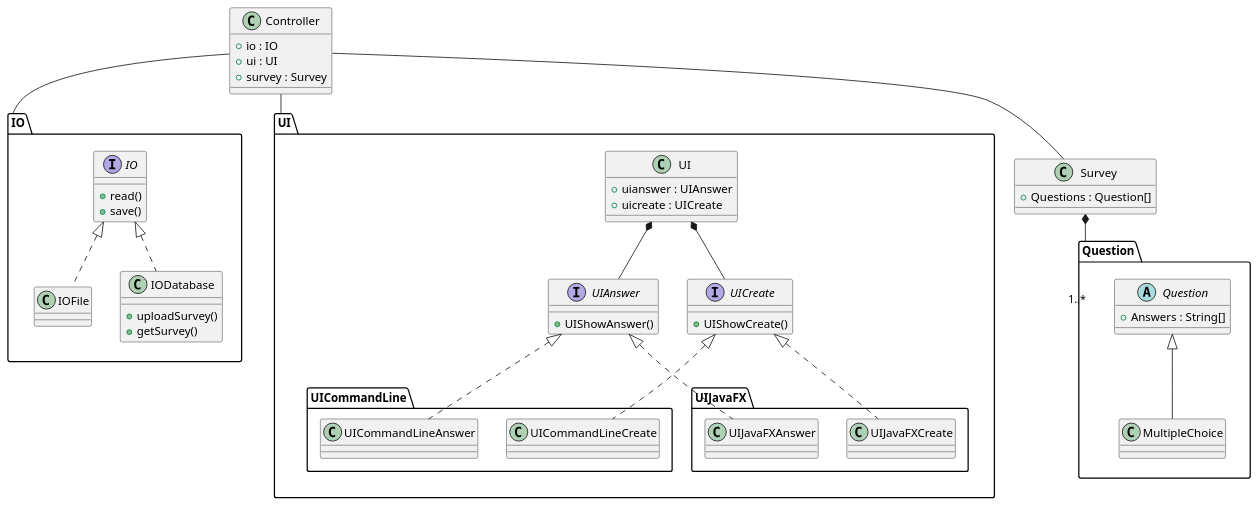
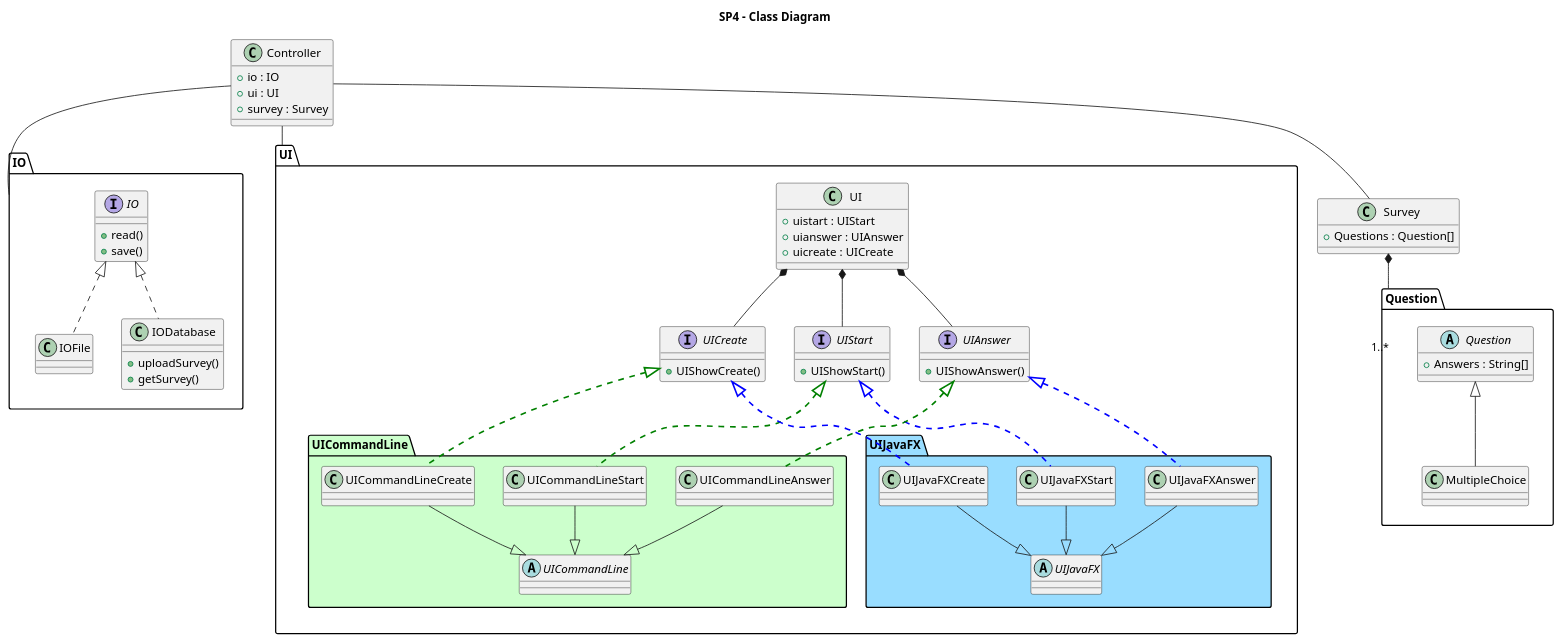
The diagram in doc/Class Diagram.puml (DeRp-DaWg/SP4), drawn with PlantUML before and after one commit.

Commit message:
Documentation

```diff
--- a/doc/Class Diagram.puml
+++ b/doc/Class Diagram.puml
@@ -1,89 +1,112 @@
 @startuml
 'https://plantuml.com/class-diagram
+title SP4 - Class Diagram
 
 package Question {
     abstract class Question {
         + Answers : String[]
     }
 
     class MultipleChoice {
     }
 
     'class CheckboxChoice {'
     '}'
 
     Question <|-- MultipleChoice
     'Question <|-- CheckboxChoice'
 }
 
 class Survey {
     + Questions : Question[]
 }
 
 Survey *--"1..*" Question
 
 
 package IO {
     interface IO {
         + read()
         + save()
     }
 
     class IOFile {
     }
 
     class IODatabase {
         + uploadSurvey()
         + getSurvey()
     }
 
     IO <|.. IOFile
     IO <|.. IODatabase
 }
 
 package UI {
     class UI {
+        + uistart : UIStart
         + uianswer : UIAnswer
         + uicreate : UICreate
+    }
+
+    interface UIStart {
+        + UIShowStart()
     }
 
     interface UIAnswer {
         + UIShowAnswer()
     }
 
     interface UICreate {
         + UIShowCreate()
     }
 
+    UI *-- UIStart
     UI *-- UIAnswer
     UI *-- UICreate
-    package UICommandLine {
+    package UICommandLine #CCFFCC {
+        abstract class UICommandLine {
+        }
+        class UICommandLineStart {
+        }
         class UICommandLineAnswer {
         }
         class UICommandLineCreate {
         }
+        UICommandLineStart --|> UICommandLine
+        UICommandLineAnswer --|> UICommandLine
+        UICommandLineCreate --|> UICommandLine
     }
-    package UIJavaFX {
+    package UIJavaFX #99DDFF {
+        abstract class UIJavaFX {
+        }
+        class UIJavaFXStart {
+        }
         class UIJavaFXAnswer {
         }
         class UIJavaFXCreate {
         }
+        UIJavaFXStart --|> UIJavaFX
+        UIJavaFXAnswer --|> UIJavaFX
+        UIJavaFXCreate --|> UIJavaFX
     }
-    UIAnswer <|.. UICommandLineAnswer
-    UIAnswer <|.. UIJavaFXAnswer
-    UICreate <|.. UICommandLineCreate
-    UICreate <|.. UIJavaFXCreate
+    UIStart <|..[#green,thickness=2] UICommandLineStart
+    UIStart <|..[#blue,thickness=2] UIJavaFXStart
+    UIAnswer <|..[#green,thickness=2] UICommandLineAnswer
+    UIAnswer <|..[#blue,thickness=2] UIJavaFXAnswer
+    UICreate <|..[#green,thickness=2] UICommandLineCreate
+    UICreate <|..[#blue,thickness=2] UIJavaFXCreate
 }
 
 class Controller {
     + io : IO
     + ui : UI
     + survey : Survey
 }
 
 Controller -- Survey
 Controller -- IO
 Controller -- UI
 
 
 @enduml
```
